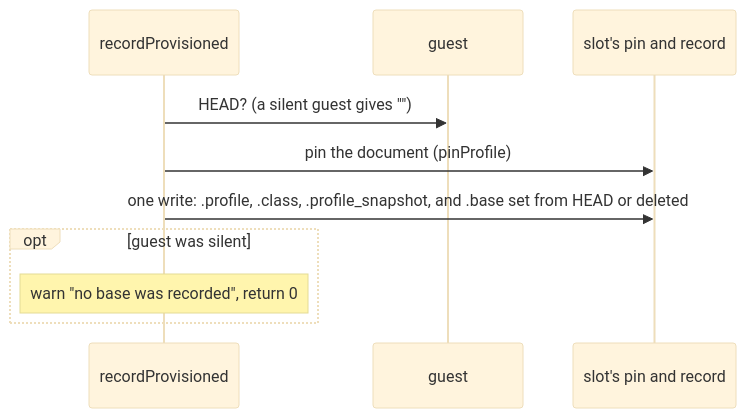
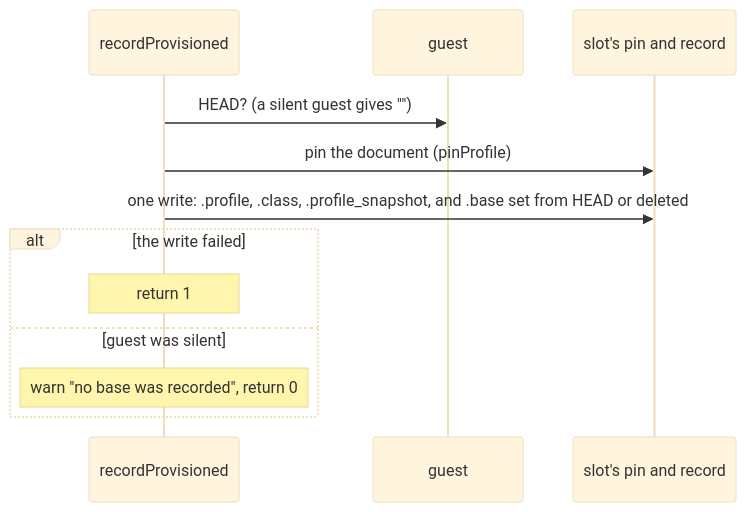
The second of 4 diagrams in .doctrine/slice/001/design.md (davidlee/oubliette), drawn with Mermaid (base theme) before and after one commit. The commit also changed other lines of this file and 8 other files, not shown here.

````diff
--- a/.doctrine/slice/001/design.md
+++ b/.doctrine/slice/001/design.md
@@ -396,12 +428,14 @@
 ```mermaid
 sequenceDiagram
   participant R as recordProvisioned
   participant G as guest
   participant S as slot's pin and record
   R->>G: HEAD? (a silent guest gives "")
   R->>S: pin the document (pinProfile)
   R->>S: one write: .profile, .class, .profile_snapshot, and .base set from HEAD or deleted
-  opt guest was silent
+  alt the write failed
+    Note over R: return 1
+  else guest was silent
     Note over R: warn "no base was recorded", return 0
   end
 ```
````
